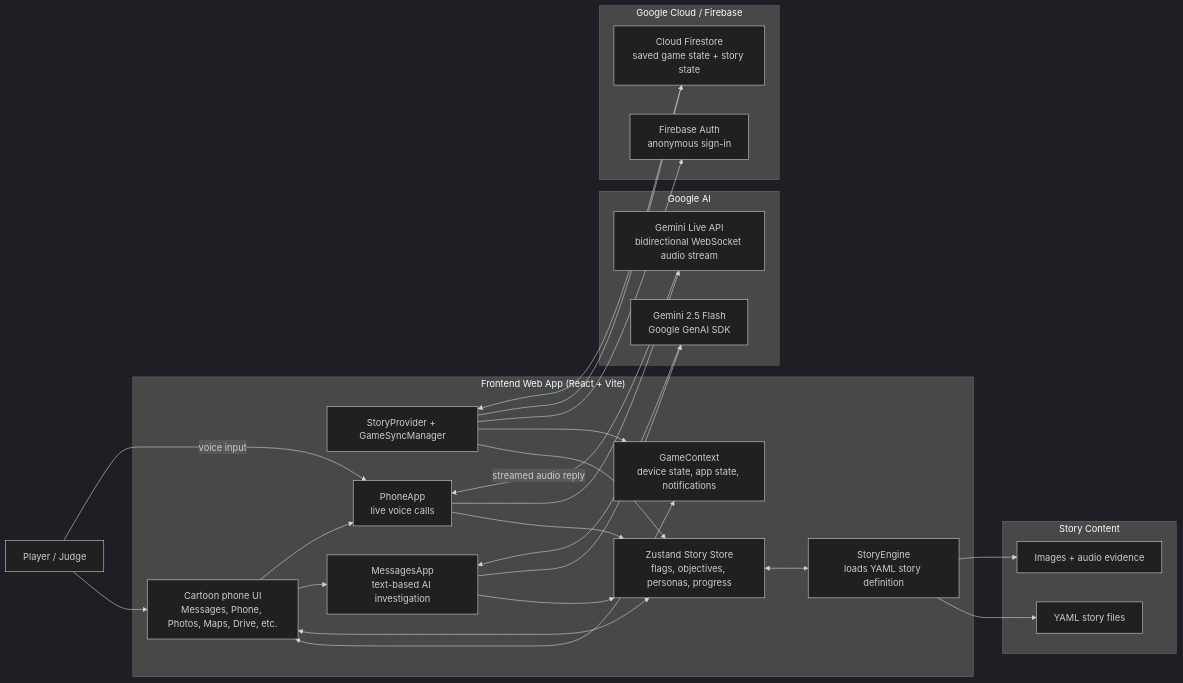
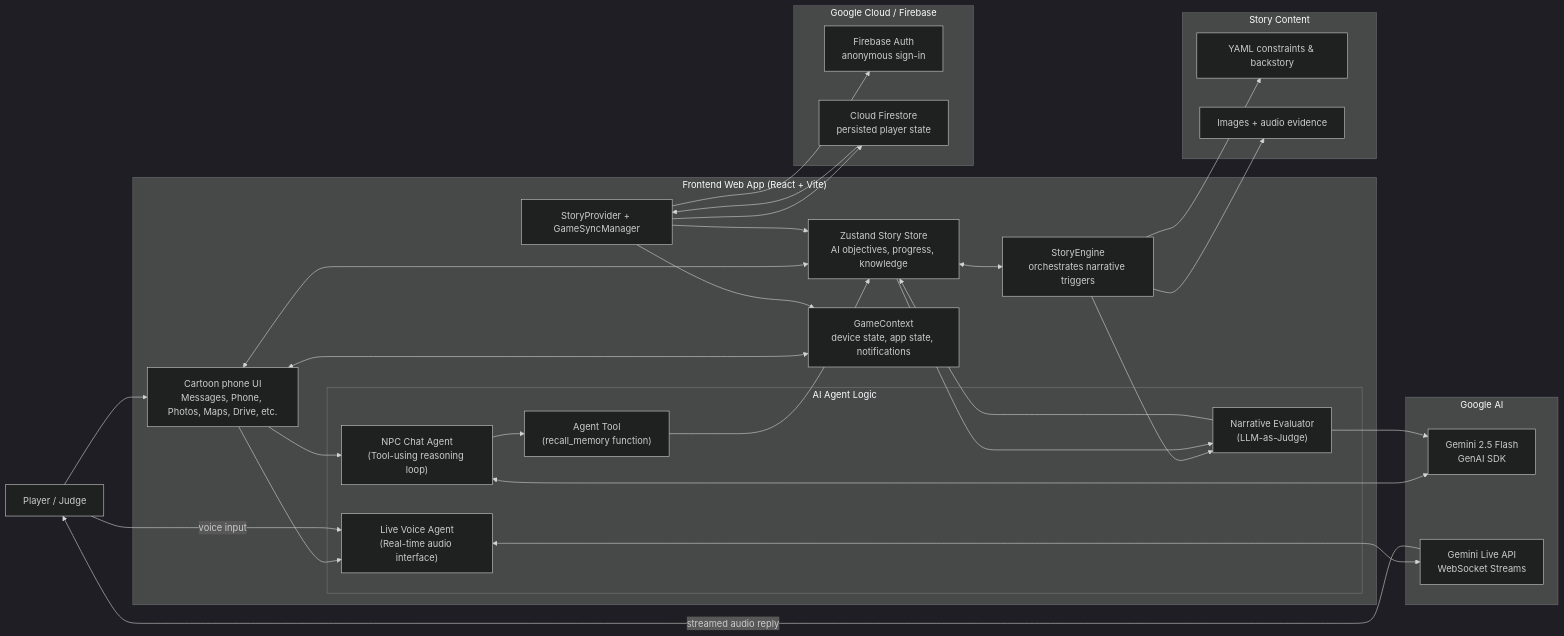
One commit to JasDhindsa/finding-maya changed the diagram in docs/architecture-diagram.md. Above: the diagram before and after it, drawn with Mermaid (dark theme). The commit also changed other lines of this file, not shown here.

Commit message:
docs: updated architecture diagram

````diff
--- a/docs/architecture-diagram.md
+++ b/docs/architecture-diagram.md
@@ -5,54 +5,65 @@
 ```mermaid
 flowchart LR
   user["Player / Judge"]
 
   subgraph client["Frontend Web App (React + Vite)"]
     ui["Cartoon phone UI<br/>Messages, Phone, Photos, Maps, Drive, etc."]
     game["GameContext<br/>device state, app state, notifications"]
-    story["Zustand Story Store<br/>flags, objectives, personas, progress"]
+    story["Zustand Story Store<br/>AI objectives, progress, knowledge"]
     sync["StoryProvider + GameSyncManager"]
-    engine["StoryEngine<br/>loads YAML story definition"]
-    msg["MessagesApp<br/>text-based AI investigation"]
-    phone["PhoneApp<br/>live voice calls"]
+    engine["StoryEngine<br/>orchestrates narrative triggers"]
+    
+    subgraph agents["AI Agent Logic"]
+      msg["NPC Chat Agent<br/>(Tool-using reasoning loop)"]
+      phone["Live Voice Agent<br/>(Real-time audio interface)"]
+      eval["Narrative Evaluator<br/>(LLM-as-Judge)"]
+      memory["Agent Tool<br/>(recall_memory function)"]
+    end
   end
 
   subgraph assets["Story Content"]
-    yaml["YAML story files"]
+    yaml["YAML constraints & backstory"]
     media["Images + audio evidence"]
   end
 
   subgraph google_ai["Google AI"]
-    flash["Gemini 2.5 Flash<br/>Google GenAI SDK"]
-    live["Gemini Live API<br/>bidirectional WebSocket audio stream"]
+    flash["Gemini 2.5 Flash<br/>GenAI SDK"]
+    live["Gemini Live API<br/>WebSocket Streams"]
   end
 
   subgraph firebase["Google Cloud / Firebase"]
     auth["Firebase Auth<br/>anonymous sign-in"]
-    firestore["Cloud Firestore<br/>saved game state + story state"]
+    firestore["Cloud Firestore<br/>persisted player state"]
   end
 
   user --> ui
   ui <--> game
   ui <--> story
   sync --> story
   sync --> game
 
   story <--> engine
   engine --> yaml
   engine --> media
 
   ui --> msg
-  msg --> story
-  msg --> flash
-  flash --> msg
+  ui --> phone
+  
+  msg --> memory
+  memory --> story
+  
+  engine --> eval
+  story --> eval
+  eval --> story
 
+  msg <--> flash
+  eval --> flash
+  
   user -- "voice input" --> phone
-  ui --> phone
-  phone --> story
-  phone --> live
-  live -- "streamed audio reply" --> phone
+  phone <--> live
+  live -- "streamed audio reply" --> user
 
   sync --> auth
   sync --> firestore
   firestore --> sync
 ```
````
